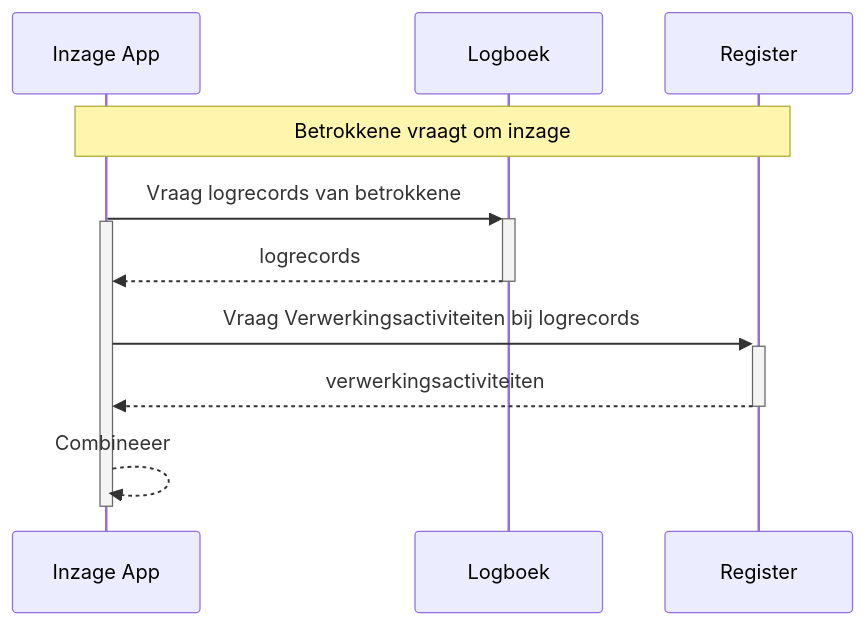
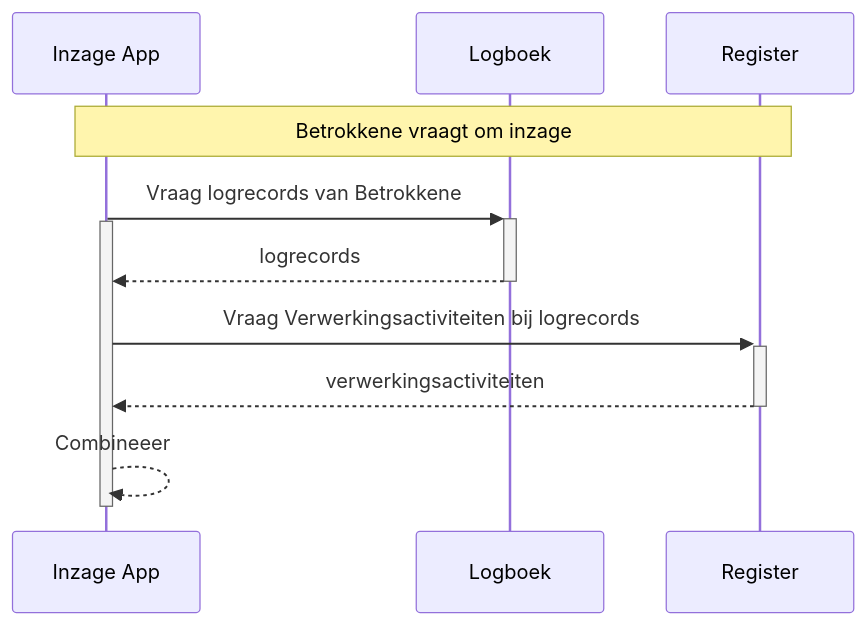
One commit to MinBZK/logboek-dataverwerkingen changed the second of 2 diagrams in docs/besluiten/xxxx-logregels-bevatten-geen-gegevens-die-al-vastliggen-in-een-register.md. Above: the diagram before and after it, drawn with Mermaid. The commit also changed other lines of this file and 13 other files, not shown here.

````diff
--- a/docs/besluiten/xxxx-logregels-bevatten-geen-gegevens-die-al-vastliggen-in-een-register.md
+++ b/docs/besluiten/xxxx-logregels-bevatten-geen-gegevens-die-al-vastliggen-in-een-register.md
@@ -65,14 +65,14 @@
 ```mermaid
 sequenceDiagram
     participant F as Inzage App
     participant L as Logboek
     participant R as Register
     Note over F, R: Betrokkene vraagt om inzage
-    F->>+L: Vraag logrecords van betrokkene
+    F->>+L: Vraag logrecords van Betrokkene
     Activate F
     L-->>-F: logrecords
     F->>+R: Vraag Verwerkingsactiviteiten bij logrecords
     R-->>-F: verwerkingsactiviteiten
     F-->>F: Combineeer
     Deactivate F
 ```
````
